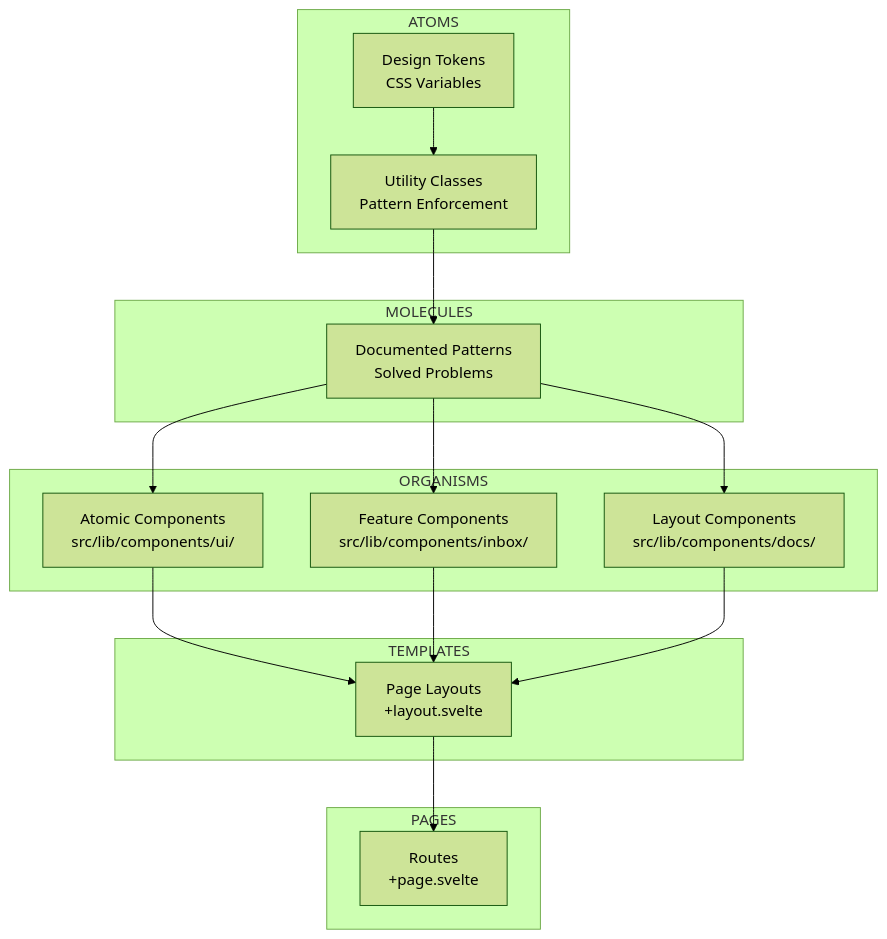
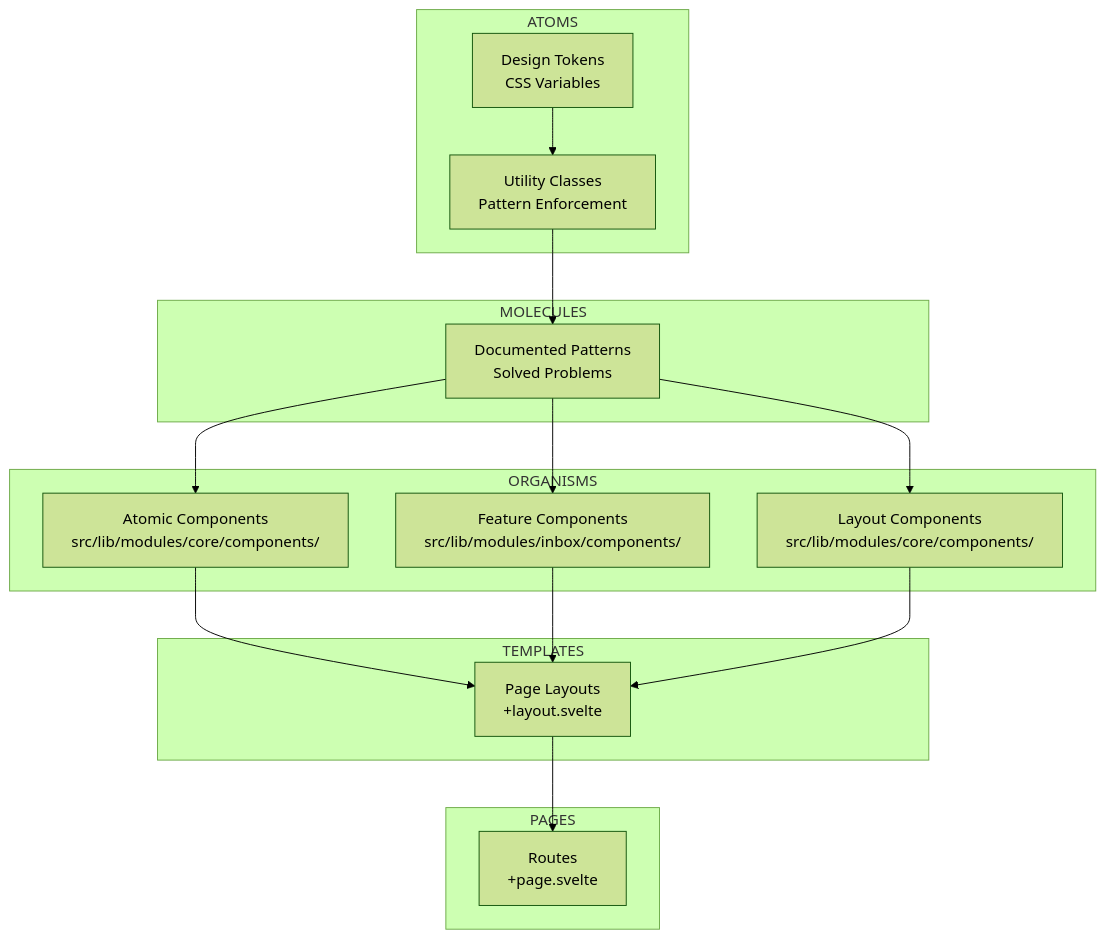
One commit to synergyai-os/Synergy-Open-Source changed the fifth of 8 diagrams in dev-docs/2-areas/architecture/system-architecture.md. Above: the diagram before and after it, drawn with Mermaid (forest theme). The commit also changed other lines of this file and 210 other files, not shown here.

````diff
--- a/dev-docs/2-areas/architecture/system-architecture.md
+++ b/dev-docs/2-areas/architecture/system-architecture.md
@@ -444,35 +444,35 @@
 ```mermaid
 graph TD
     subgraph "ATOMS"
         Tokens[Design Tokens<br/>CSS Variables]
         Utilities[Utility Classes<br/>Pattern Enforcement]
     end
     
     subgraph "MOLECULES"
         Patterns[Documented Patterns<br/>Solved Problems]
     end
     
     subgraph "ORGANISMS"
-        Atomic[Atomic Components<br/>src/lib/components/ui/]
-        Feature[Feature Components<br/>src/lib/components/inbox/]
-        Layout[Layout Components<br/>src/lib/components/docs/]
+        Atomic[Atomic Components<br/>src/lib/modules/core/components/]
+        Feature[Feature Components<br/>src/lib/modules/inbox/components/]
+        Layout[Layout Components<br/>src/lib/modules/core/components/]
     end
     
     subgraph "TEMPLATES"
         PageLayouts[Page Layouts<br/>+layout.svelte]
     end
     
     subgraph "PAGES"
         Routes[Routes<br/>+page.svelte]
     end
     
     Tokens --> Utilities
     Utilities --> Patterns
     Patterns --> Atomic
     Patterns --> Feature
     Patterns --> Layout
     Atomic --> PageLayouts
     Feature --> PageLayouts
     Layout --> PageLayouts
     PageLayouts --> Routes
 ```
````
